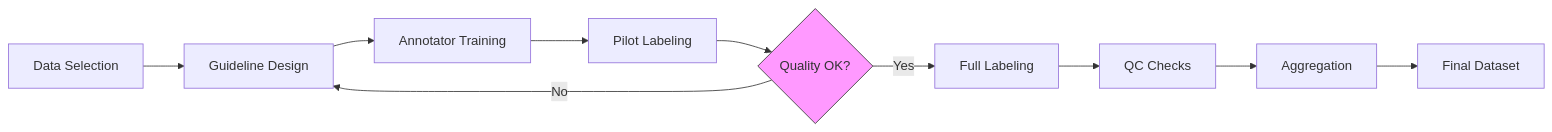
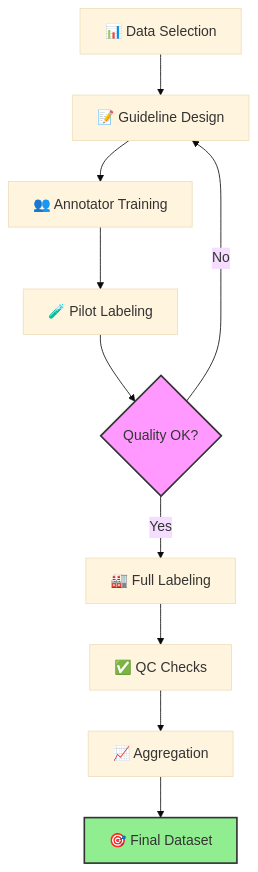
One commit to danilofreire/datasci101 changed the diagram in lectures/lecture-03/03-datasets.qmd. Above: the diagram before and after it, drawn with Mermaid. The commit also changed other lines of this file and 4 other files, not shown here.

Commit message:
lecture 03 - add MNIST examples, adjust font sizes, improve mermaid diagram visualisation

````diff
--- a/lectures/lecture-03/03-datasets.qmd
+++ b/lectures/lecture-03/03-datasets.qmd
@@ -750,13 +773,15 @@
 ```{mermaid}
-flowchart LR
-    A[Data Selection] --> B[Guideline Design]
-    B --> C[Annotator Training]
-    C --> D[Pilot Labeling]
+%%{init: {'theme': 'base', 'themeVariables': {'fontSize': '17px'}}}%%
+flowchart TB
+    A[📊 Data Selection] --> B[📝 Guideline Design]
+    B --> C[👥 Annotator Training]
+    C --> D[🧪 Pilot Labeling]
     D --> E{Quality OK?}
     E -->|No| B
-    E -->|Yes| F[Full Labeling]
-    F --> G[QC Checks]
-    G --> H[Aggregation]
-    H --> I[Final Dataset]
-    style E fill:#f9f,stroke:#333
+    E -->|Yes| F[🏭 Full Labeling]
+    F --> G[✅ QC Checks]
+    G --> H[📈 Aggregation]
+    H --> I[🎯 Final Dataset]
+    style E fill:#f9f,stroke:#333,stroke-width:2px
+    style I fill:#90EE90,stroke:#333,stroke-width:2px
 ```
````
